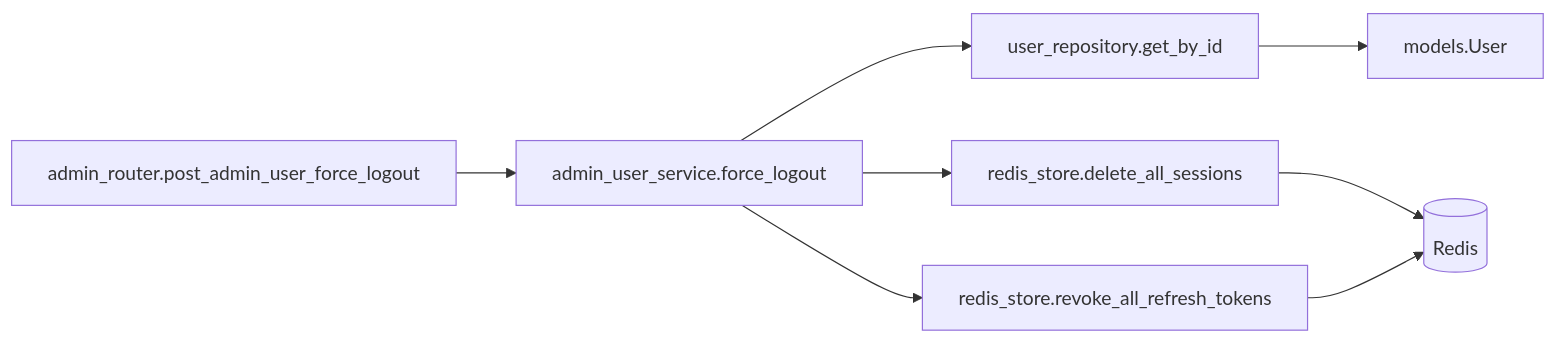
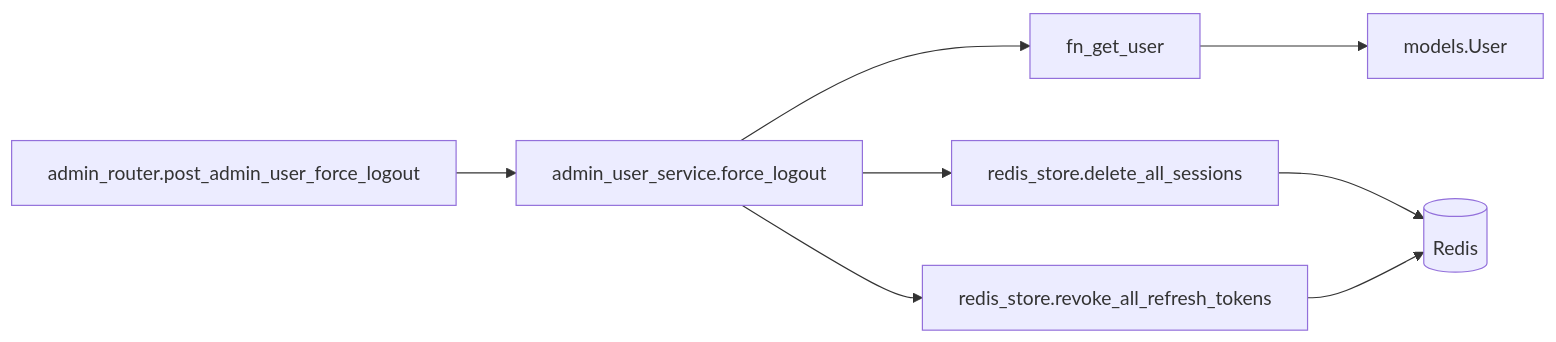
Before and after one commit to oikawa-d/task_management: the third of 4 diagrams in detailed_design/api/admin/04_post_admin_user_force_logout.md, drawn with Mermaid. The commit also changed other lines of this file and 58 other files, not shown here.

````diff
--- a/detailed_design/api/admin/04_post_admin_user_force_logout.md
+++ b/detailed_design/api/admin/04_post_admin_user_force_logout.md
@@ -146,10 +146,10 @@
 ```mermaid
 flowchart LR
     R["admin_router.post_admin_user_force_logout"] --> S["admin_user_service.force_logout"]
-    S --> RP["user_repository.get_by_id"]
+    S --> RP["fn_get_user"]
     S --> RS1["redis_store.delete_all_sessions"]
     S --> RS2["redis_store.revoke_all_refresh_tokens"]
     RP --> M["models.User"]
     RS1 --> RD[("Redis")]
     RS2 --> RD
 ```
````
